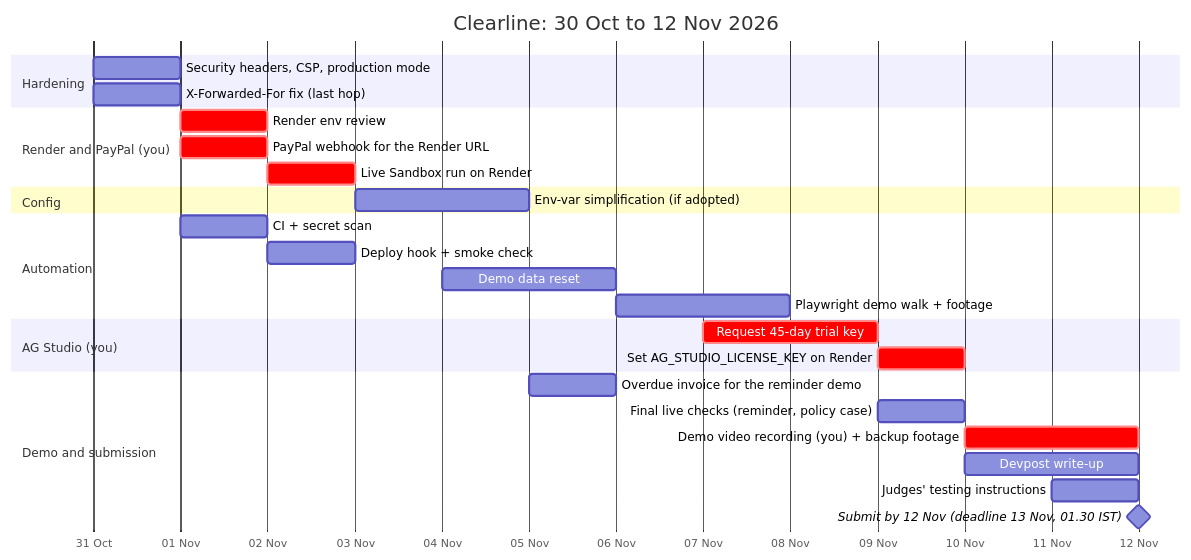
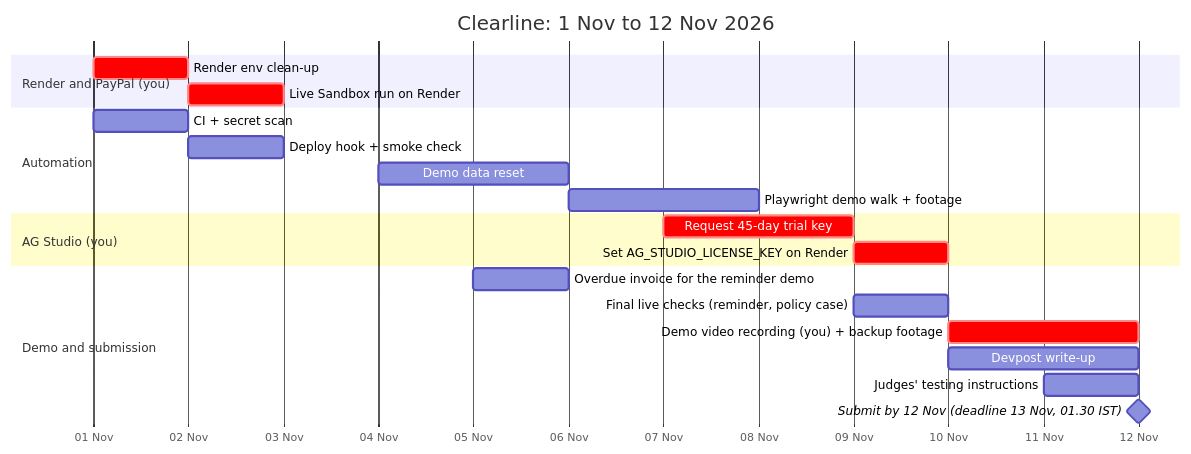
Before and after one commit to kk161205/Clearline: the diagram in docs/STATUS.md, drawn with Mermaid. The commit also changed other lines of this file and 6 other files, not shown here.

````diff
--- a/docs/STATUS.md
+++ b/docs/STATUS.md
@@ -104,30 +95,24 @@
 ```mermaid
 gantt
-  title Clearline: 30 Oct to 12 Nov 2026
+  title Clearline: 1 Nov to 12 Nov 2026
   dateFormat YYYY-MM-DD
   axisFormat %d %b
-  section Hardening
-  Security headers, CSP, production mode     :h1, 2026-10-31, 1d
-  X-Forwarded-For fix (last hop)             :h2, 2026-10-31, 1d
   section Render and PayPal (you)
-  Render env review                          :crit, r1, 2026-11-01, 1d
-  PayPal webhook for the Render URL          :crit, r2, 2026-11-01, 1d
+  Render env clean-up                        :crit, r1, 2026-11-01, 1d
   Live Sandbox run on Render                 :crit, r3, 2026-11-02, 1d
-  section Config
-  Env-var simplification (if adopted)        :c1, 2026-11-03, 2d
   section Automation
   CI + secret scan                           :a1, 2026-11-01, 1d
   Deploy hook + smoke check                  :a2, 2026-11-02, 1d
   Demo data reset                            :a3, 2026-11-04, 2d
   Playwright demo walk + footage             :a4, 2026-11-06, 2d
   section AG Studio (you)
   Request 45-day trial key                   :crit, s1, 2026-11-07, 2d
   Set AG_STUDIO_LICENSE_KEY on Render        :crit, s2, after s1, 1d
   section Demo and submission
   Overdue invoice for the reminder demo      :d0, 2026-11-05, 1d
   Final live checks (reminder, policy case)  :d1, 2026-11-09, 1d
   Demo video recording (you) + backup footage :crit, d2, 2026-11-10, 2d
   Devpost write-up                           :d3, 2026-11-10, 2d
   Judges' testing instructions               :d4, 2026-11-11, 1d
   Submit by 12 Nov (deadline 13 Nov, 01.30 IST) :milestone, d5, 2026-11-12, 0d
 ```
````
